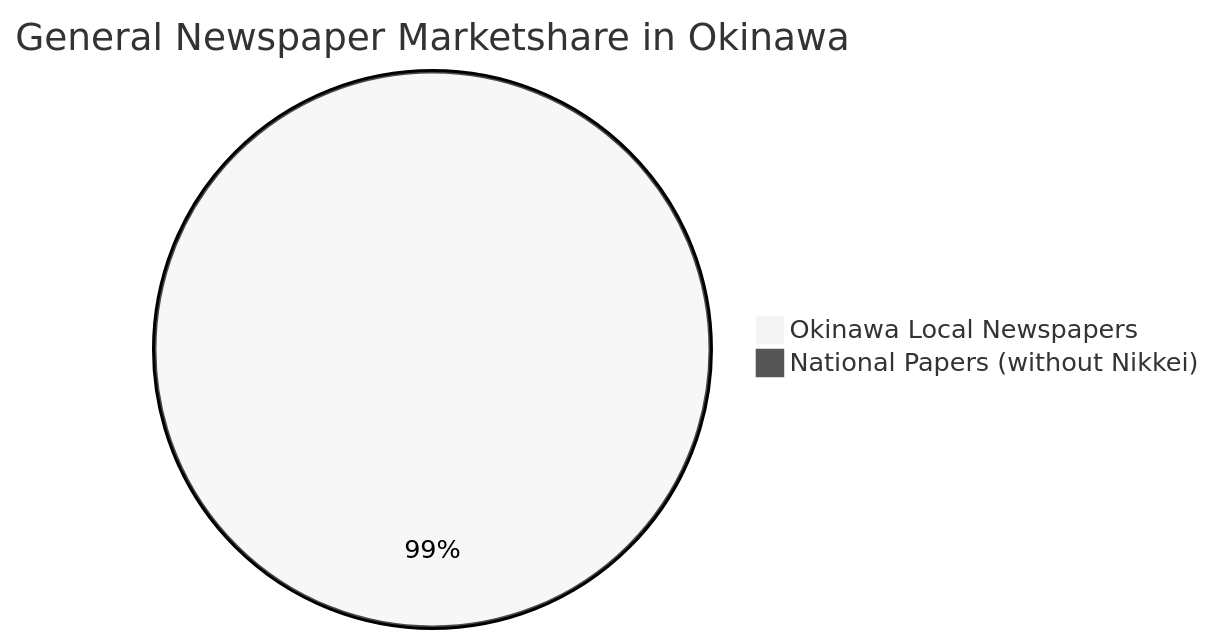
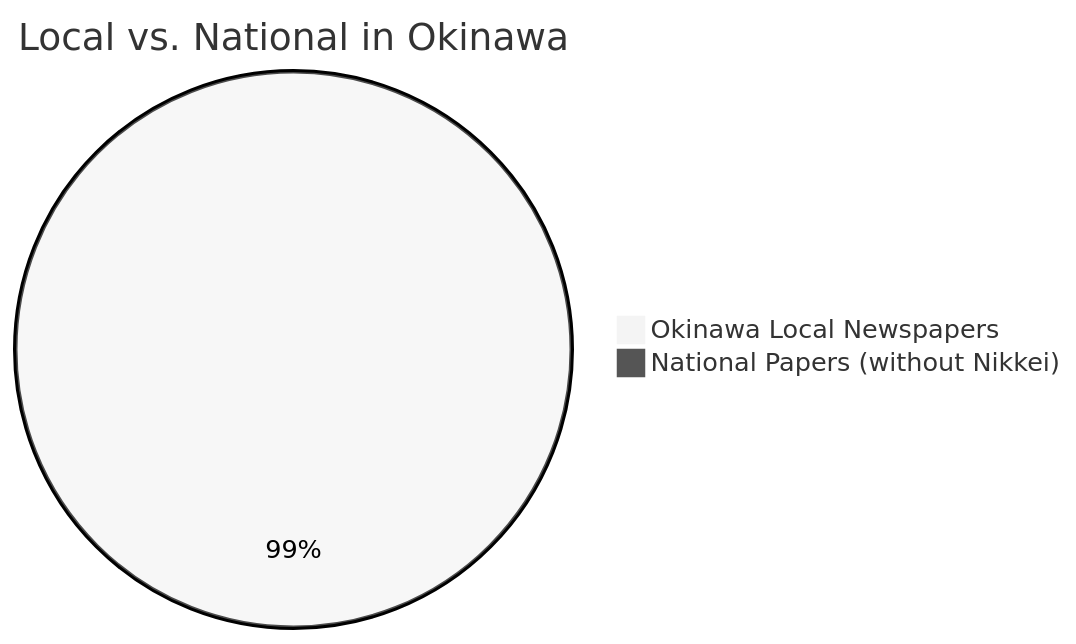
The second of 2 diagrams in README.md (lisiki-jp/okinawa_gametheory), drawn with Mermaid (neutral theme) before and after one commit.

````diff
--- a/README.md
+++ b/README.md
@@ -27,5 +27,5 @@
 ```mermaid
-pie title General Newspaper Marketshare in Okinawa
+pie title Local vs. National in Okinawa
     "Okinawa Local Newspapers" : 247893
     "National Papers (without Nikkei)" : 1418
 ```
````
